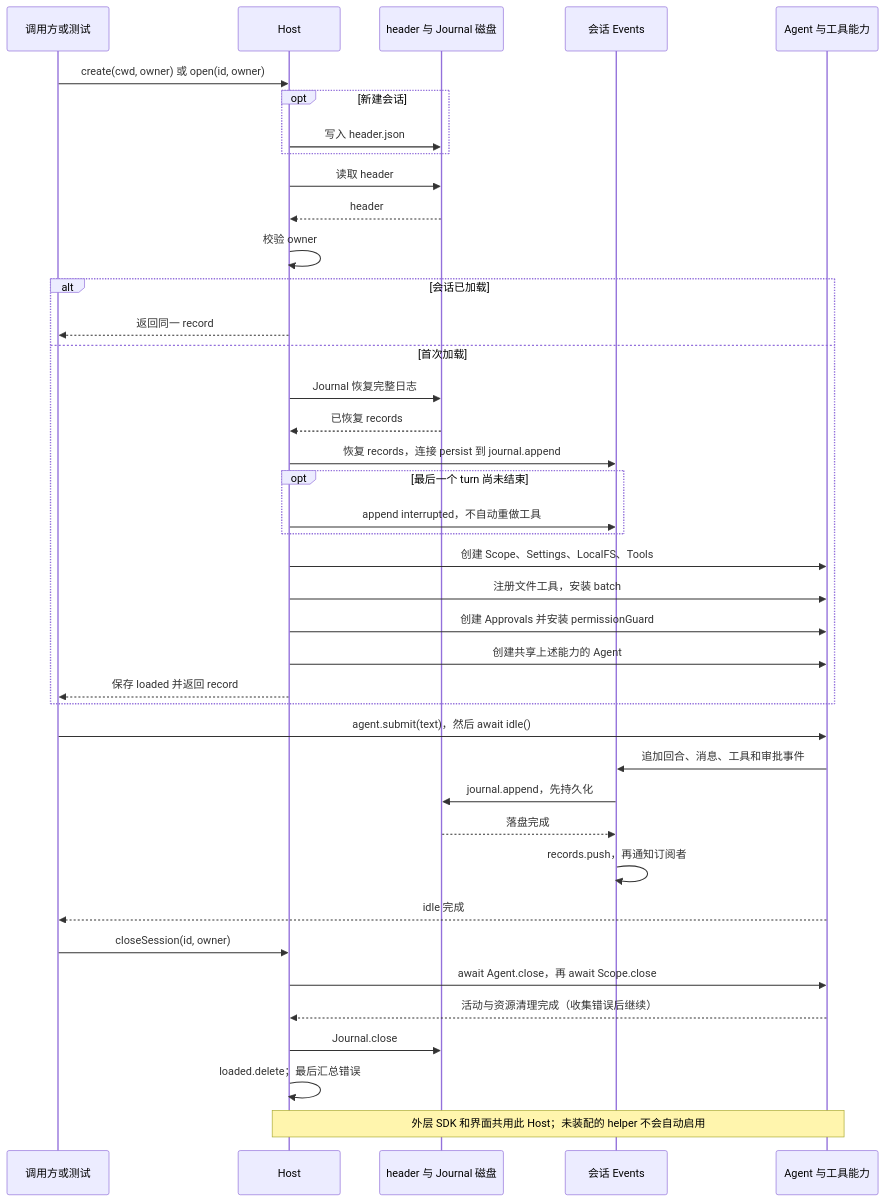
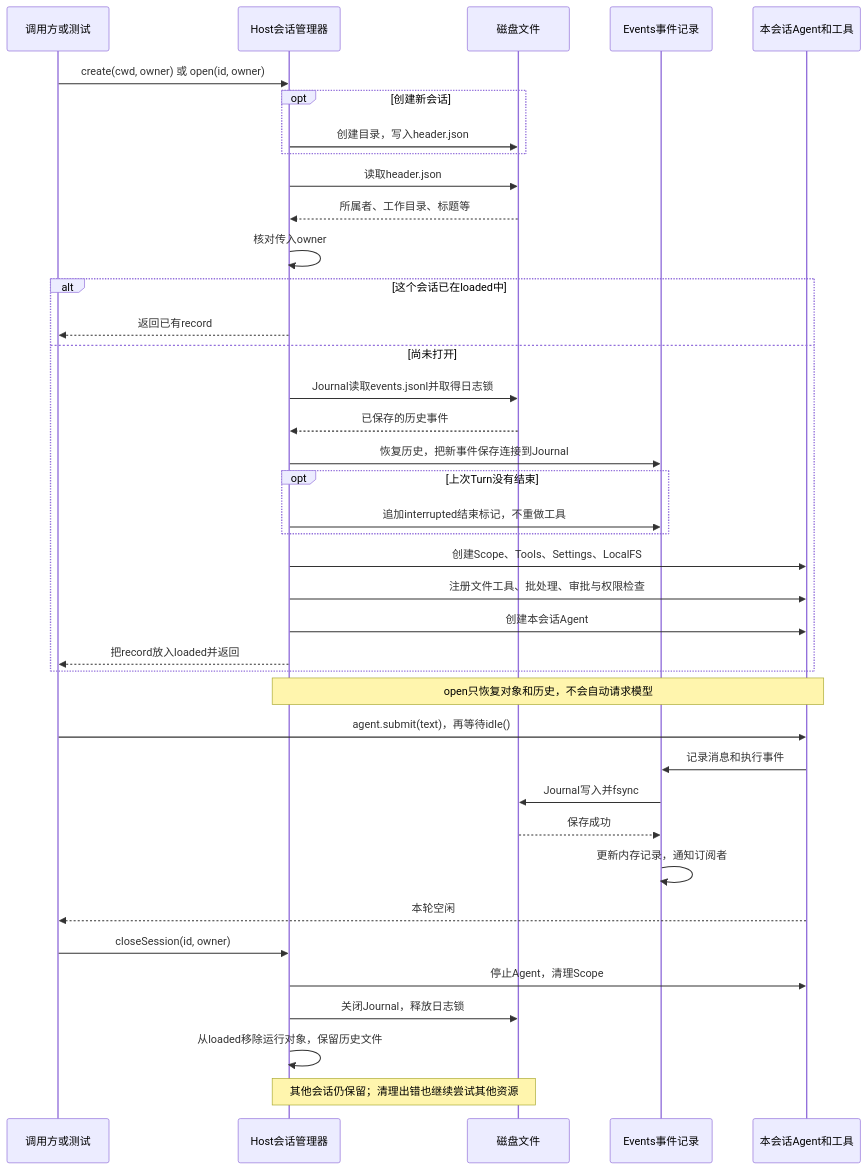
The diagram in tutorial/linear/lessons/041.md (dddddd889/deepseek-harness-demo), drawn with Mermaid before and after one commit. The commit also changed other lines of this file and 5 other files, not shown here.

````diff
--- a/tutorial/linear/lessons/041.md
+++ b/tutorial/linear/lessons/041.md
@@ -19,42 +19,41 @@
 ```mermaid
 sequenceDiagram
     participant C as 调用方或测试
-    participant H as Host
-    participant D as header 与 Journal 磁盘
-    participant E as 会话 Events
-    participant A as Agent 与工具能力
+    participant H as Host会话管理器
+    participant D as 磁盘文件
+    participant E as Events事件记录
+    participant A as 本会话Agent和工具
     C->>H: create(cwd, owner) 或 open(id, owner)
-    opt 新建会话
-        H->>D: 写入 header.json
+    opt 创建新会话
+        H->>D: 创建目录，写入header.json
     end
-    H->>D: 读取 header
-    D-->>H: header
-    H->>H: 校验 owner
-    alt 会话已加载
-        H-->>C: 返回同一 record
-    else 首次加载
-        H->>D: Journal 恢复完整日志
-        D-->>H: 已恢复 records
-        H->>E: 恢复 records，连接 persist 到 journal.append
-        opt 最后一个 turn 尚未结束
-            H->>E: append interrupted，不自动重做工具
+    H->>D: 读取header.json
+    D-->>H: 所属者、工作目录、标题等
+    H->>H: 核对传入owner
+    alt 这个会话已在loaded中
+        H-->>C: 返回已有record
+    else 尚未打开
+        H->>D: Journal读取events.jsonl并取得日志锁
+        D-->>H: 已保存的历史事件
+        H->>E: 恢复历史，把新事件保存连接到Journal
+        opt 上次Turn没有结束
+            H->>E: 追加interrupted结束标记，不重做工具
         end
-        H->>A: 创建 Scope、Settings、LocalFS、Tools
-        H->>A: 注册文件工具，安装 batch
-        H->>A: 创建 Approvals 并安装 permissionGuard
-        H->>A: 创建共享上述能力的 Agent
-        H-->>C: 保存 loaded 并返回 record
+        H->>A: 创建Scope、Tools、Settings、LocalFS
+        H->>A: 注册文件工具、批处理、审批与权限检查
+        H->>A: 创建本会话Agent
+        H-->>C: 把record放入loaded并返回
     end
-    C->>A: agent.submit(text)，然后 await idle()
-    A->>E: 追加回合、消息、工具和审批事件
-    E->>D: journal.append，先持久化
-    D-->>E: 落盘完成
-    E->>E: records.push，再通知订阅者
-    A-->>C: idle 完成
+    Note over H,A: open只恢复对象和历史，不会自动请求模型
+    C->>A: agent.submit(text)，再等待idle()
+    A->>E: 记录消息和执行事件
+    E->>D: Journal写入并fsync
+    D-->>E: 保存成功
+    E->>E: 更新内存记录，通知订阅者
+    A-->>C: 本轮空闲
     C->>H: closeSession(id, owner)
-    H->>A: await Agent.close，再 await Scope.close
-    A-->>H: 活动与资源清理完成（收集错误后继续）
-    H->>D: Journal.close
-    H->>H: loaded.delete；最后汇总错误
-    Note over H,A: 外层 SDK 和界面共用此 Host；未装配的 helper 不会自动启用
+    H->>A: 停止Agent，清理Scope
+    H->>D: 关闭Journal，释放日志锁
+    H->>H: 从loaded移除运行对象，保留历史文件
+    Note over H,D: 其他会话仍保留；清理出错也继续尝试其他资源
 ```
````
